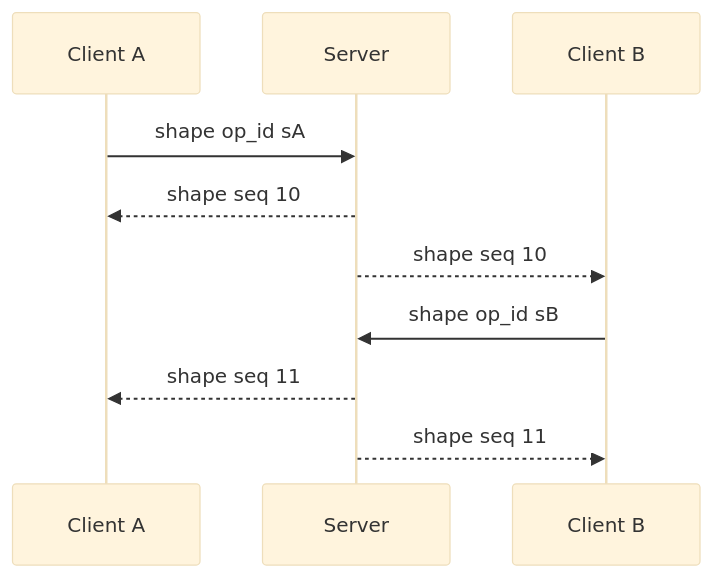
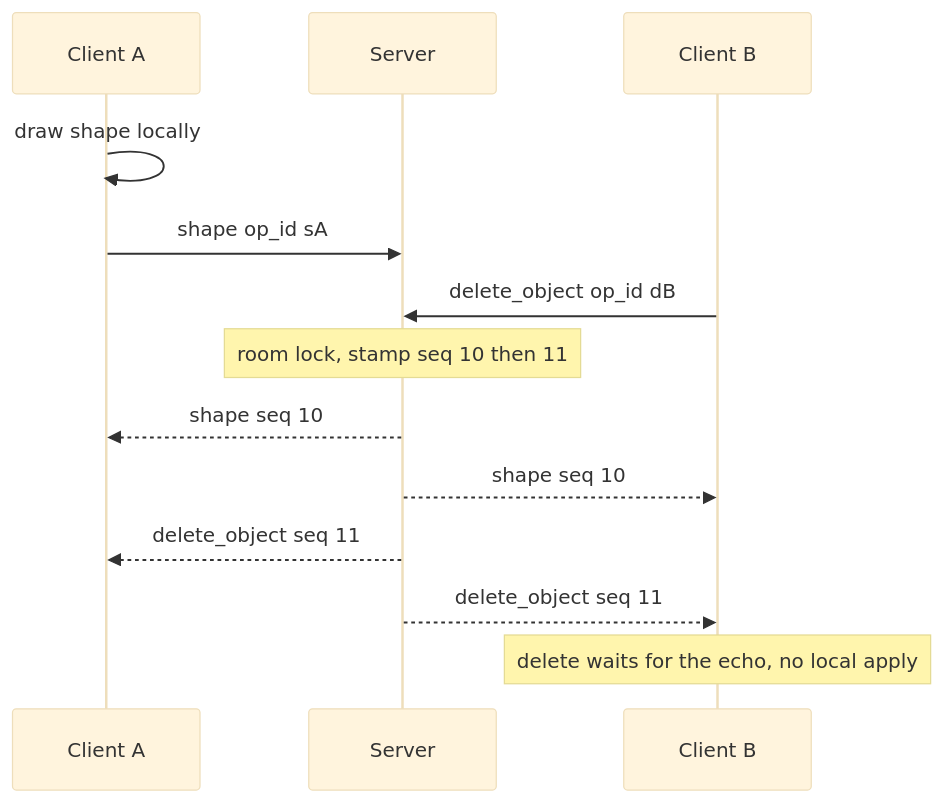
The fourth of 6 diagrams in README.md (ankitnegi-dev/WhiteBoard), drawn with Mermaid (base theme) before and after one commit. The commit also changed other lines of this file and 15 other files, not shown here.

````diff
--- a/README.md
+++ b/README.md
@@ -144,12 +176,15 @@
 ```mermaid
 sequenceDiagram
   participant A as Client A
   participant S as Server
   participant B as Client B
+  A->>A: draw shape locally
   A->>S: shape op_id sA
+  B->>S: delete_object op_id dB
+  Note over S: room lock, stamp seq 10 then 11
   S-->>A: shape seq 10
   S-->>B: shape seq 10
-  B->>S: shape op_id sB
-  S-->>A: shape seq 11
-  S-->>B: shape seq 11
+  S-->>A: delete_object seq 11
+  S-->>B: delete_object seq 11
+  Note over B: delete waits for the echo, no local apply
 ```
````
